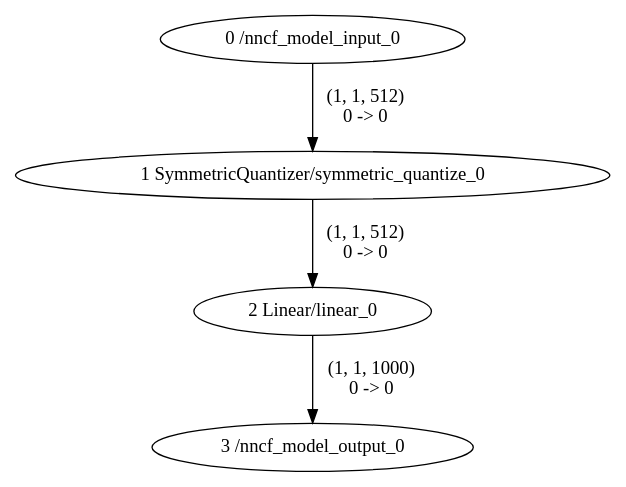
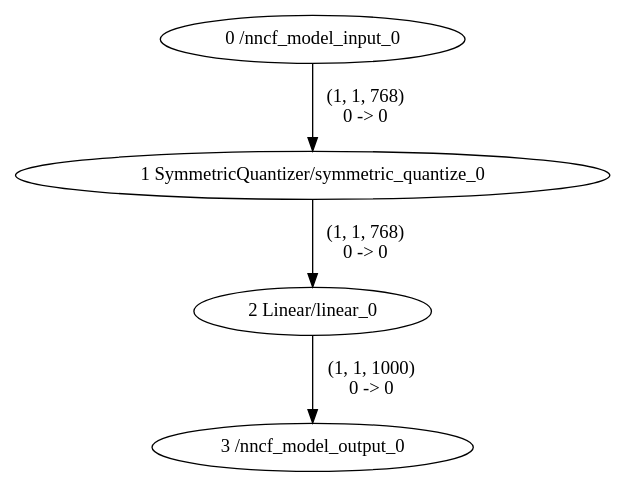
The diagram in notebooks/compressed_graph.dot (alexeybelkov/YSDA-CPU-inference), drawn with Graphviz before and after one commit. The commit also changed 3 other files, not shown here.

```diff
--- a/notebooks/compressed_graph.dot
+++ b/notebooks/compressed_graph.dot
@@ -1,9 +1,9 @@
 strict digraph  {
 "0 /nncf_model_input_0";
 "1 SymmetricQuantizer/symmetric_quantize_0";
 "2 Linear/linear_0";
 "3 /nncf_model_output_0";
-"0 /nncf_model_input_0" -> "1 SymmetricQuantizer/symmetric_quantize_0"  [label="(1, 1, 512) \n0 -> 0", style=solid];
-"1 SymmetricQuantizer/symmetric_quantize_0" -> "2 Linear/linear_0"  [label="(1, 1, 512) \n0 -> 0", style=solid];
+"0 /nncf_model_input_0" -> "1 SymmetricQuantizer/symmetric_quantize_0"  [label="(1, 1, 768) \n0 -> 0", style=solid];
+"1 SymmetricQuantizer/symmetric_quantize_0" -> "2 Linear/linear_0"  [label="(1, 1, 768) \n0 -> 0", style=solid];
 "2 Linear/linear_0" -> "3 /nncf_model_output_0"  [label="(1, 1, 1000) \n0 -> 0", style=solid];
 }
```
